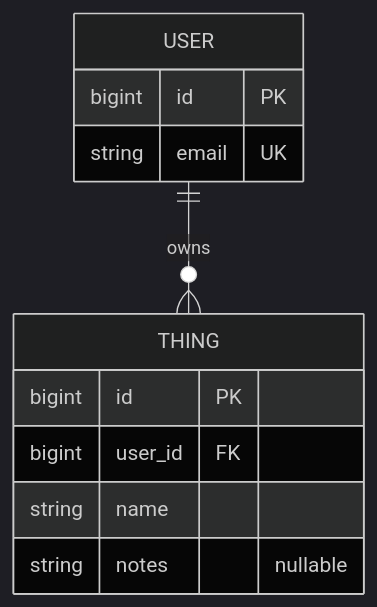
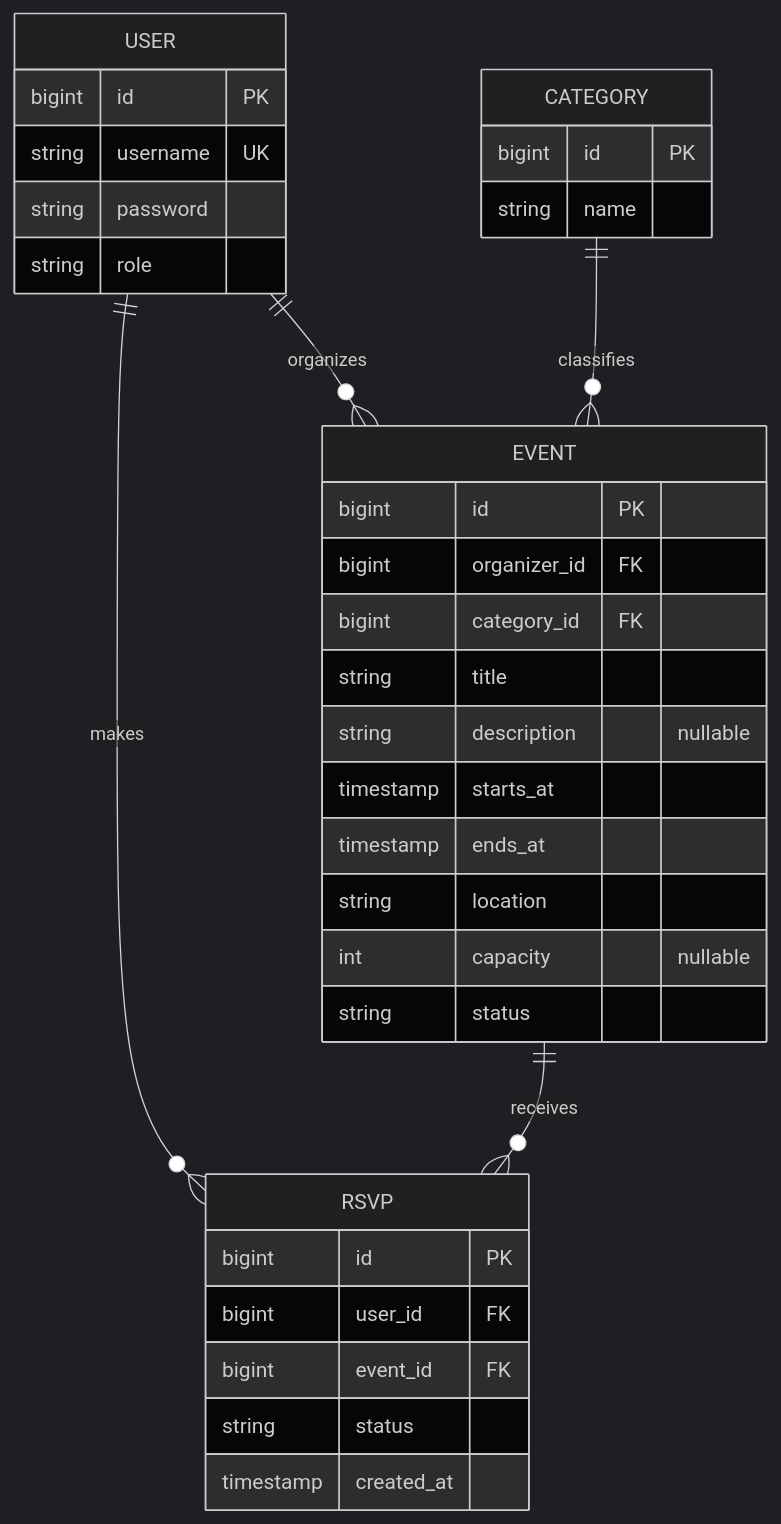
The diagram in docs/proposal.md (Hugo-RM/cst438-project-2), drawn with Mermaid (dark theme) before and after one commit. The commit also changed other lines of this file, not shown here.

Commit message:
Worked on resources and ER sketch Need to finish adding to the pitch, endpoints and figure out our technical choices

````diff
--- a/docs/proposal.md
+++ b/docs/proposal.md
@@ -16,14 +19,36 @@
 ```mermaid
 erDiagram
-    USER ||--o{ THING : owns
+    USER ||--o{ EVENT : organizes
+    USER ||--o{ RSVP : makes
+    EVENT ||--o{ RSVP : receives
+    CATEGORY ||--o{ EVENT: classifies
     USER {
         bigint id PK
-        string email UK
+        string username UK
+        string password
+        string role
     }
-    THING {
+    CATEGORY {
+        bigint id PK
+        string name
+    }
+    EVENT {
+        bigint id PK
+        bigint organizer_id FK
+        bigint category_id FK
+        string title
+        string description "nullable"
+        timestamp starts_at
+        timestamp ends_at
+        string location
+        int capacity "nullable"
+        string status
+    }
+    RSVP{
         bigint id PK
         bigint user_id FK
-        string name
-        string notes "nullable"
+        bigint event_id FK
+        string status
+        timestamp created_at
     }
 ```
````
